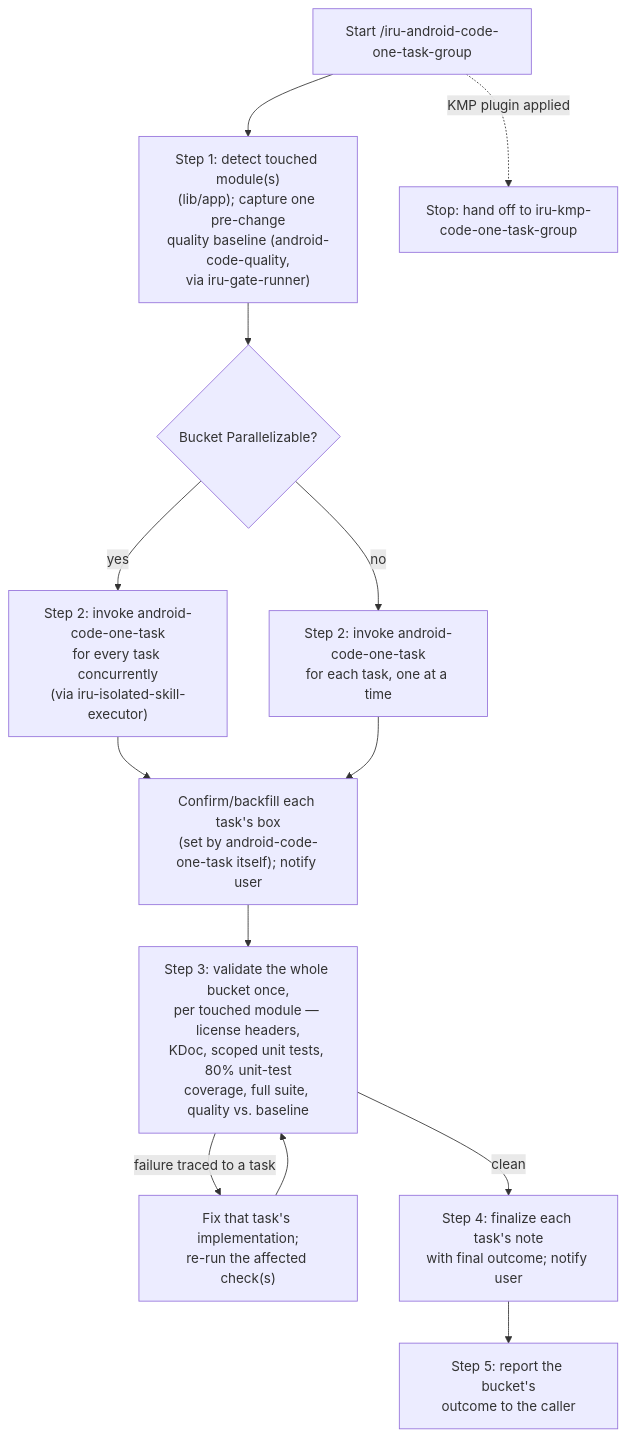
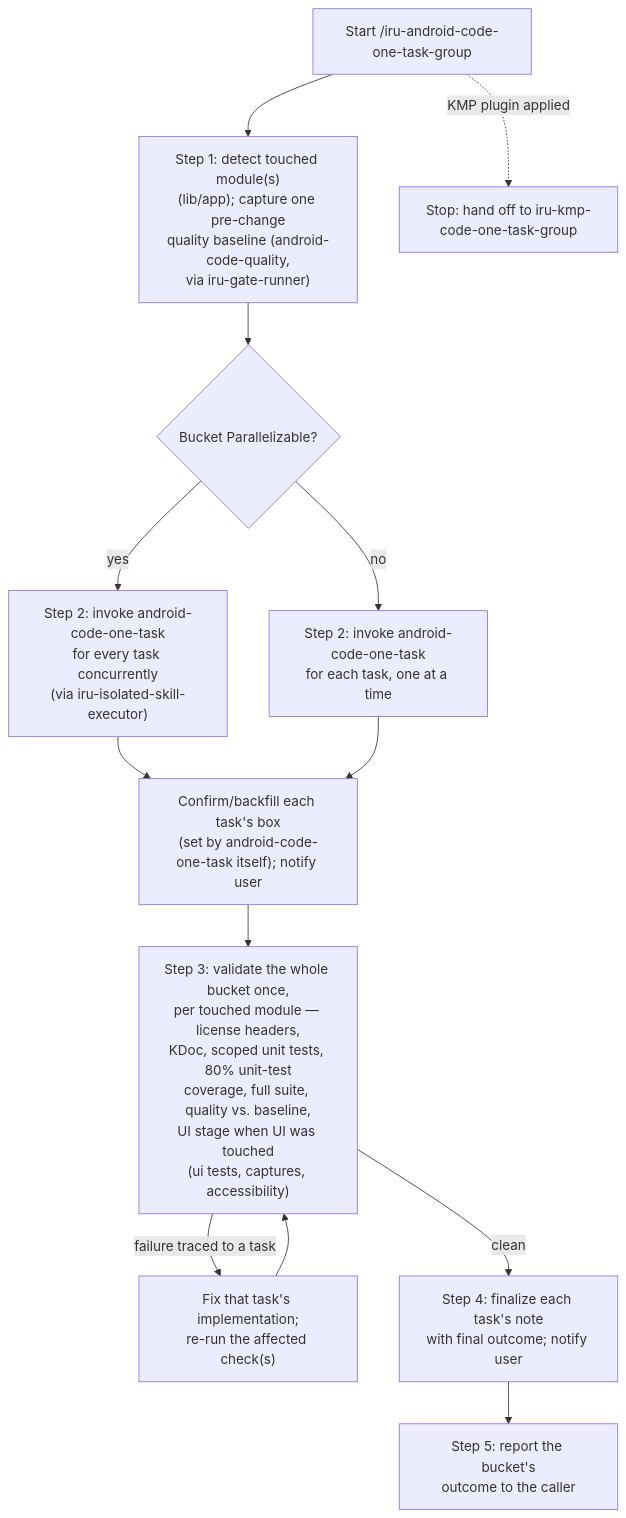
Before and after one commit to albertoirurueta/ai-catalog: the diagram in docs/modules/ROOT/pages/skills/iru-android-code-one-task-group.adoc, drawn with Mermaid. The commit also changed other lines of this file and 325 other files, not shown here.

```diff
--- a/docs/modules/ROOT/pages/skills/iru-android-code-one-task-group.adoc
+++ b/docs/modules/ROOT/pages/skills/iru-android-code-one-task-group.adoc
@@ -78,16 +85,16 @@
 [mermaid]
 ....
 flowchart TD
     A[Start /iru-android-code-one-task-group] --> B["Step 1: detect touched module(s)\n(lib/app); capture one pre-change\nquality baseline (android-code-quality,\nvia iru-gate-runner)"]
     A -. "KMP plugin applied" .-> KMP["Stop: hand off to iru-kmp-code-one-task-group"]
     B --> C{Bucket Parallelizable?}
     C -- yes --> D["Step 2: invoke android-code-one-task\nfor every task concurrently\n(via iru-isolated-skill-executor)"]
     C -- no --> E["Step 2: invoke android-code-one-task\nfor each task, one at a time"]
     D --> F["Confirm/backfill each task's box\n(set by android-code-one-task itself); notify user"]
     E --> F
-    F --> G["Step 3: validate the whole bucket once,\nper touched module — license headers,\nKDoc, scoped unit tests, 80% unit-test\ncoverage, full suite, quality vs. baseline"]
+    F --> G["Step 3: validate the whole bucket once,\nper touched module — license headers,\nKDoc, scoped unit tests, 80% unit-test\ncoverage, full suite, quality vs. baseline,\nUI stage when UI was touched\n(ui tests, captures, accessibility)"]
     G -- failure traced to a task --> H["Fix that task's implementation;\nre-run the affected check(s)"]
     H --> G
     G -- clean --> I["Step 4: finalize each task's note\nwith final outcome; notify user"]
     I --> J["Step 5: report the bucket's\noutcome to the caller"]
 ....
```
